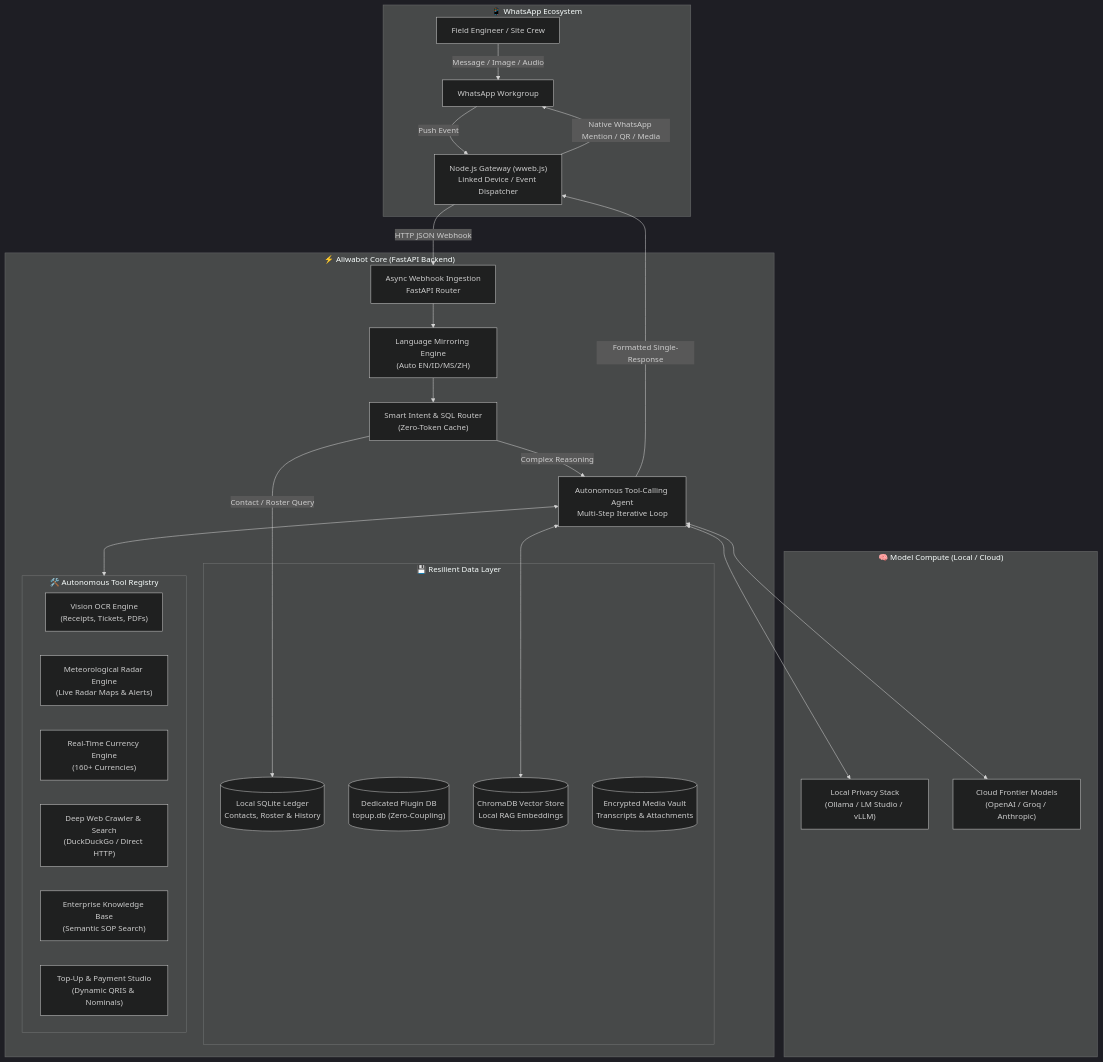
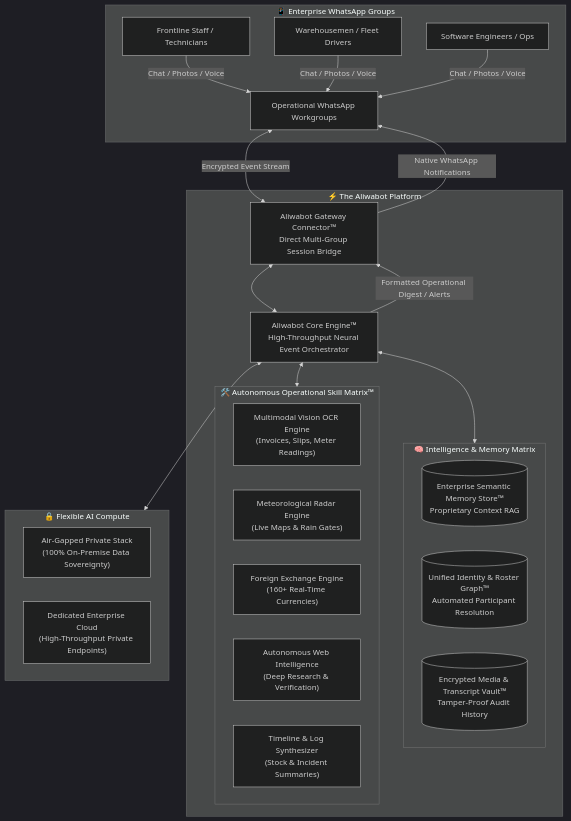
The first of 2 diagrams in README.md (cripperzprodigy/Aliwabot), drawn with Mermaid (dark theme) before and after one commit. The commit also changed other lines of this file and 2 other files, not shown here.

Commit message:
docs: overhaul Aliwabot README with proprietary engine framing, multi-industry scenarios, and new visuals

````diff
--- a/README.md
+++ b/README.md
@@ -78,53 +119,44 @@
 ```mermaid
 flowchart TB
-    subgraph WhatsApp_Network ["📱 WhatsApp Ecosystem"]
-        User["Field Engineer / Site Crew"]
-        Group["WhatsApp Workgroup"]
-        Gateway["Node.js Gateway (wweb.js)\nLinked Device / Event Dispatcher"]
+    subgraph Client_Workspace ["📱 Enterprise WhatsApp Groups"]
+        FieldStaff["Frontline Staff / Technicians"]
+        LogisticsStaff["Warehousemen / Fleet Drivers"]
+        TechStaff["Software Engineers / Ops"]
+        GroupChats["Operational WhatsApp Workgroups"]
     end
 
-    subgraph Aliwabot_Core ["⚡ Aliwabot Core (FastAPI Backend)"]
-        Webhook["Async Webhook Ingestion\nFastAPI Router"]
-        LangEngine["Language Mirroring Engine\n(Auto EN/ID/MS/ZH)"]
-        IntentRouter["Smart Intent & SQL Router\n(Zero-Token Cache)"]
-        AgentLoop["Autonomous Tool-Calling Agent\nMulti-Step Iterative Loop"]
+    subgraph Aliwabot_Platform ["⚡ The Aliwabot Platform"]
+        Gateway["Aliwabot Gateway Connector™\nDirect Multi-Group Session Bridge"]
+        Engine["Aliwabot Core Engine™\nHigh-Throughput Neural Event Orchestrator"]
         
-        subgraph Local_Storage ["💾 Resilient Data Layer"]
-            SQLite[("Local SQLite Ledger\nContacts, Roster & History")]
-            TopupDB[("Dedicated Plugin DB\ntopup.db (Zero-Coupling)")]
-            ChromaDB[("ChromaDB Vector Store\nLocal RAG Embeddings")]
-            Vault[("Encrypted Media Vault\nTranscripts & Attachments")]
+        subgraph Intelligence_Layer ["🧠 Intelligence & Memory Matrix"]
+            SemanticMemory[("Enterprise Semantic Memory Store™\nProprietary Context RAG")]
+            IdentityGraph[("Unified Identity & Roster Graph™\nAutomated Participant Resolution")]
+            AuditVault[("Encrypted Media & Transcript Vault™\nTamper-Proof Audit History")]
         end
 
-        subgraph Tool_Suite ["🛠️ Autonomous Tool Registry"]
-            ToolOCR["Vision OCR Engine\n(Receipts, Tickets, PDFs)"]
-            ToolWeather["Meteorological Radar Engine\n(Live Radar Maps & Alerts)"]
-            ToolFX["Real-Time Currency Engine\n(160+ Currencies)"]
-            ToolWeb["Deep Web Crawler & Search\n(DuckDuckGo / Direct HTTP)"]
-            ToolKB["Enterprise Knowledge Base\n(Semantic SOP Search)"]
-            ToolTopup["Top-Up & Payment Studio\n(Dynamic QRIS & Nominals)"]
+        subgraph Skill_Matrix ["🛠️ Autonomous Operational Skill Matrix™"]
+            SkillOCR["Multimodal Vision OCR Engine\n(Invoices, Slips, Meter Readings)"]
+            SkillWeather["Meteorological Radar Engine\n(Live Maps & Rain Gates)"]
+            SkillFX["Foreign Exchange Engine\n(160+ Real-Time Currencies)"]
+            SkillWeb["Autonomous Web Intelligence\n(Deep Research & Verification)"]
+            SkillSynthesis["Timeline & Log Synthesizer\n(Stock & Incident Summaries)"]
         end
     end
 
-    subgraph LLM_Providers ["🧠 Model Compute (Local / Cloud)"]
-        LocalLLM["Local Privacy Stack\n(Ollama / LM Studio / vLLM)"]
-        CloudLLM["Cloud Frontier Models\n(OpenAI / Groq / Anthropic)"]
+    subgraph Compute_Options ["🔒 Flexible AI Compute"]
+        OnPrem["Air-Gapped Private Stack\n(100% On-Premise Data Sovereignty)"]
+        EnterpriseCloud["Dedicated Enterprise Cloud\n(High-Throughput Private Endpoints)"]
     end
 
-    User -->|Message / Image / Audio| Group
-    Group -->|Push Event| Gateway
-    Gateway -->|HTTP JSON Webhook| Webhook
-    Webhook --> LangEngine
-    LangEngine --> IntentRouter
+    FieldStaff & LogisticsStaff & TechStaff -->|Chat / Photos / Voice| GroupChats
+    GroupChats <-->|Encrypted Event Stream| Gateway
+    Gateway <--> Engine
     
-    IntentRouter -->|Contact / Roster Query| SQLite
-    IntentRouter -->|Complex Reasoning| AgentLoop
+    Engine <--> Intelligence_Layer
+    Engine <--> Skill_Matrix
+    Engine <--> Compute_Options
     
-    AgentLoop <--> Tool_Suite
-    AgentLoop <--> ChromaDB
-    AgentLoop <--> LocalLLM
-    AgentLoop <--> CloudLLM
-    
-    AgentLoop -->|Formatted Single-Response| Gateway
-    Gateway -->|Native WhatsApp Mention / QR / Media| Group
+    Engine -->|Formatted Operational Digest / Alerts| Gateway
+    Gateway -->|Native WhatsApp Notifications| GroupChats
 ```
````
